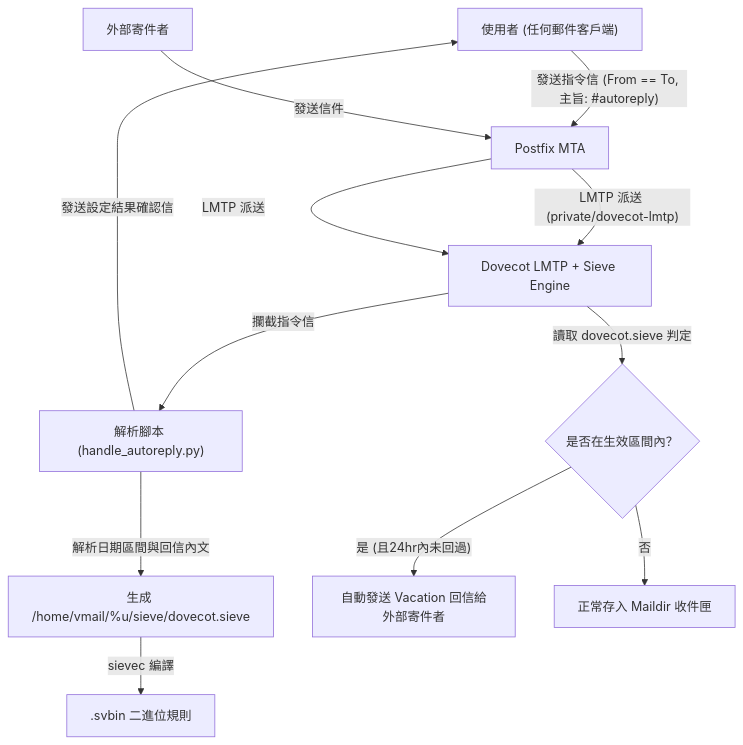
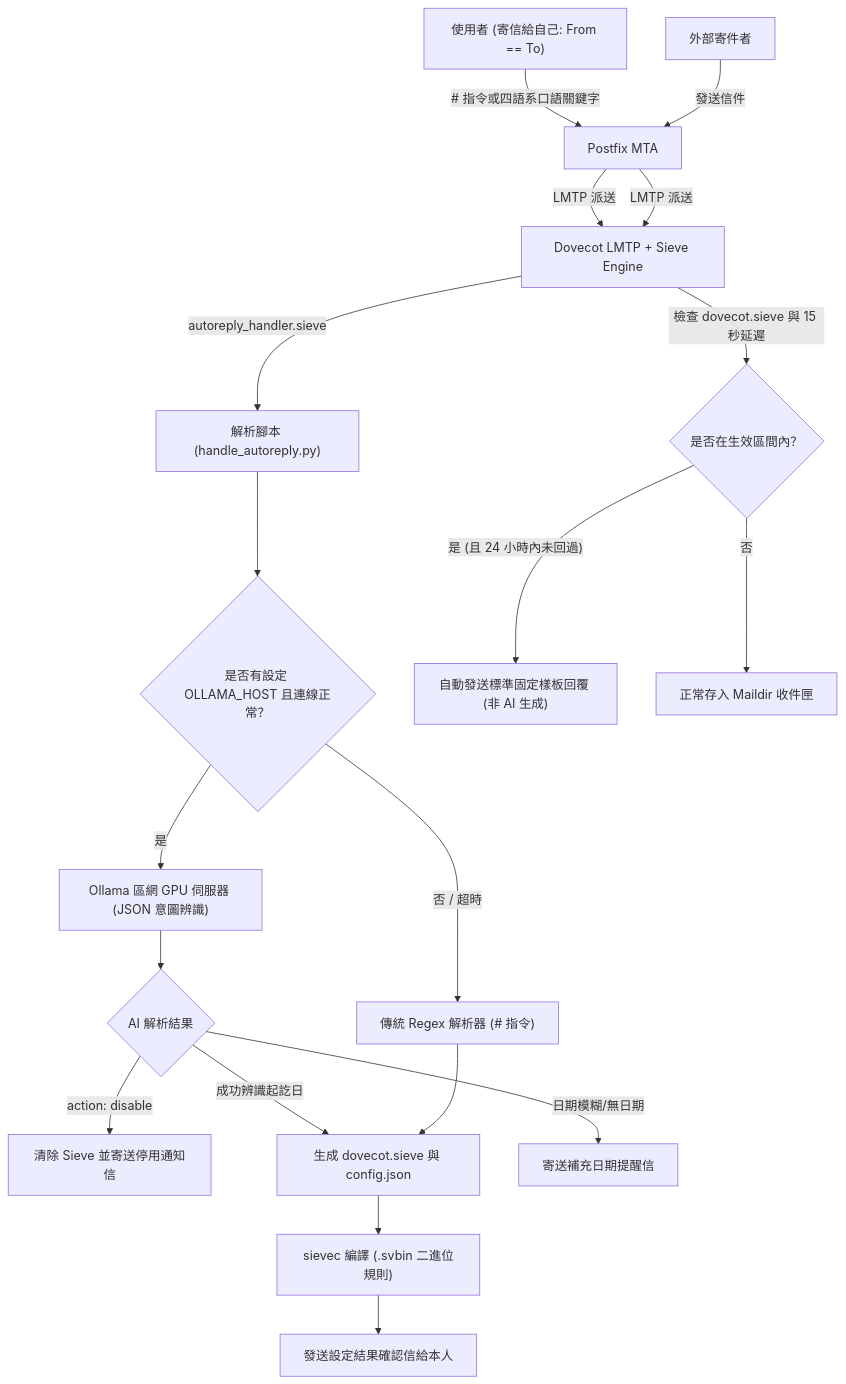
One commit to WilliamFromTW/docker-Postfix-AD changed the fourth of 4 diagrams in ARCHITECTURE.zh-TW.md. Above: the diagram before and after it, drawn with Mermaid. The commit also changed other lines of this file and 11 other files, not shown here.

Commit message:
feat(autoreply): support ollama local AI for natural language auto-reply in 4 languages

````diff
--- a/ARCHITECTURE.zh-TW.md
+++ b/ARCHITECTURE.zh-TW.md
@@ -208,16 +208,26 @@
 ```mermaid
 graph TD
-    User["使用者 (任何郵件客戶端)"] -->|"發送指令信 (From == To, 主旨: #autoreply)"| Postfix["Postfix MTA"]
-    Postfix -->|"LMTP 派送 (private/dovecot-lmtp)"| Dovecot["Dovecot LMTP + Sieve Engine"]
+    User["使用者 (寄信給自己: From == To)"] -->|"# 指令或四語系口語關鍵字"| Postfix["Postfix MTA"]
+    Postfix -->|"LMTP 派送"| Dovecot["Dovecot LMTP + Sieve Engine"]
     
-    Dovecot -->|"攔截指令信"| Handler["解析腳本 (handle_autoreply.py)"]
-    Handler -->|"解析日期區間與回信內文"| SieveGen["生成 /home/vmail/%u/sieve/dovecot.sieve"]
-    SieveGen -->|"sievec 編譯"| Binary[".svbin 二進位規則"]
-    Handler -->|"發送設定結果確認信"| User
+    Dovecot -->|"autoreply_handler.sieve"| Handler["解析腳本 (handle_autoreply.py)"]
+    Handler --> CheckOllama{"是否有設定 OLLAMA_HOST 且連線正常？"}
+    
+    CheckOllama -->|"是"| Ollama["Ollama 區網 GPU 伺服器 (JSON 意圖辨識)"]
+    CheckOllama -->|"否 / 超時"| FallbackRegex["傳統 Regex 解析器 (# 指令)"]
+    
+    Ollama --> ResultCheck{"AI 解析結果"}
+    ResultCheck -->|"action: disable"| DoDisable["清除 Sieve 並寄送停用通知信"]
+    ResultCheck -->|"成功辨識起訖日"| ApplyConfig["生成 dovecot.sieve 與 config.json"]
+    ResultCheck -->|"日期模糊/無日期"| NotifyUnclear["寄送補充日期提醒信"]
+    
+    FallbackRegex --> ApplyConfig
+    ApplyConfig --> Sievec["sievec 編譯 (.svbin 二進位規則)"]
+    Sievec --> SendSuccess["發送設定結果確認信給本人"]
 
     RemoteSender["外部寄件者"] -->|"發送信件"| Postfix
     Postfix -->|"LMTP 派送"| Dovecot
-    Dovecot -->|"讀取 dovecot.sieve 判定"| CheckDate{"是否在生效區間內？"}
-    CheckDate -->|"是 (且24hr內未回過)"| AutoReply["自動發送 Vacation 回信給外部寄件者"]
+    Dovecot -->|"檢查 dovecot.sieve 與 15 秒延遲"| CheckDate{"是否在生效區間內？"}
+    CheckDate -->|"是 (且 24 小時內未回過)"| AutoReply["自動發送標準固定樣板回覆 (非 AI 生成)"]
     CheckDate -->|"否"| Inbox["正常存入 Maildir 收件匣"]
 ```
````
